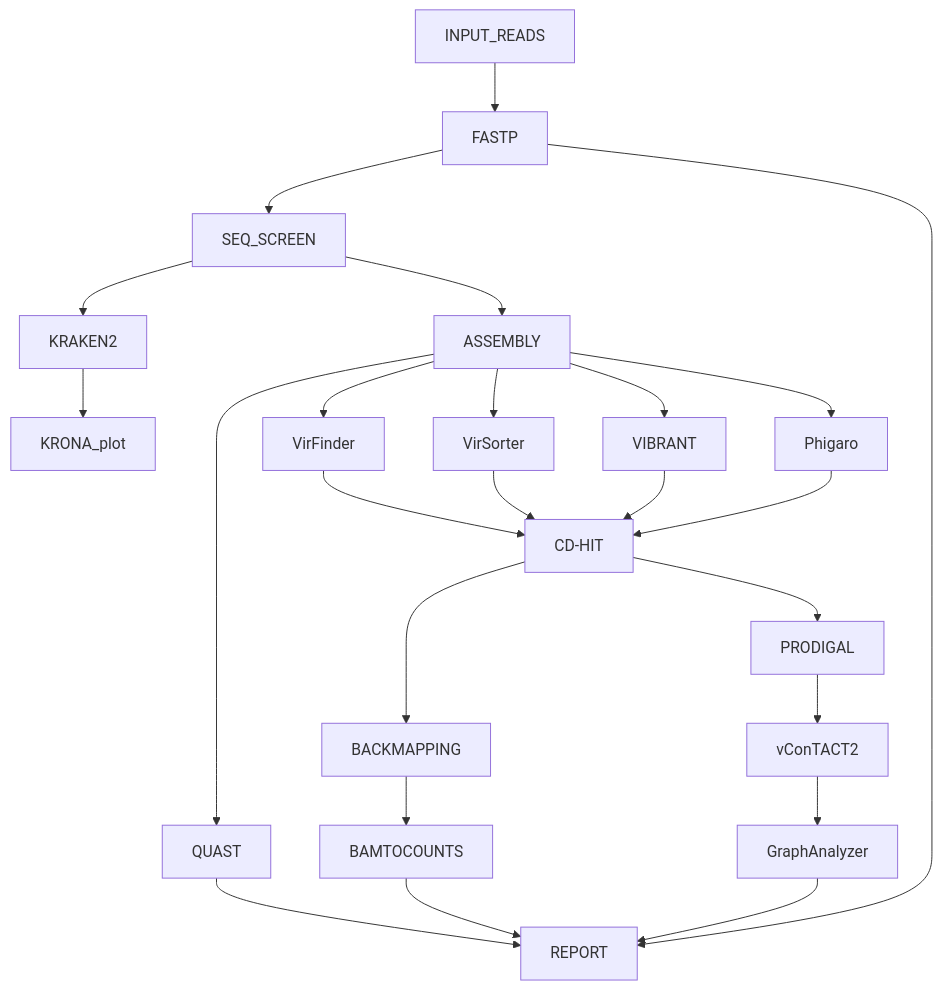
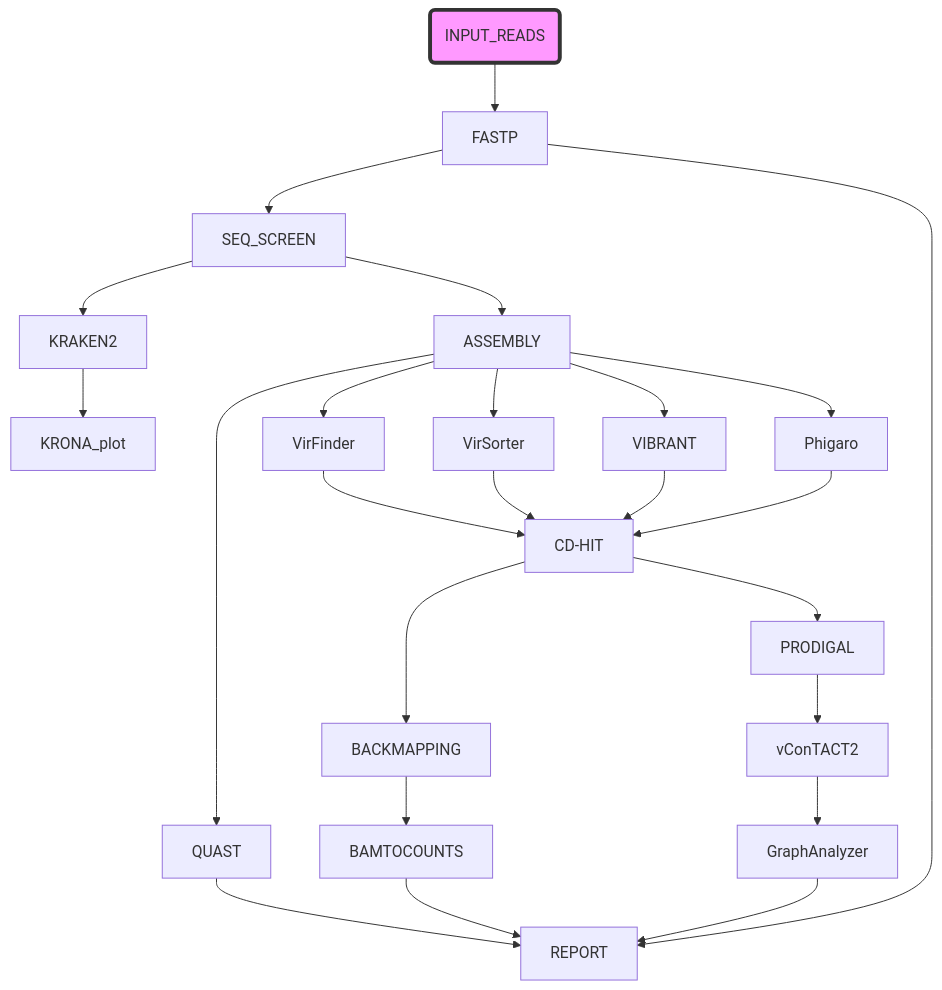
Before and after one commit to telatin/magflow: the diagram in README.md, drawn with Mermaid.

````diff
--- a/README.md
+++ b/README.md
@@ -3,26 +3,27 @@
 ```mermaid
 graph TD;
- INPUT_READS --> FASTP;
+ style input fill:#f9f,stroke:#333,stroke-width:4px
+ input(INPUT_READS) --> FASTP;
  FASTP --> SEQ_SCREEN;
  SEQ_SCREEN --> KRAKEN2;
  KRAKEN2 --> KRONA_plot;
  SEQ_SCREEN --> ASSEMBLY;
  ASSEMBLY --> QUAST;
  ASSEMBLY --> VirFinder;
  ASSEMBLY --> VirSorter;
  ASSEMBLY --> VIBRANT;
  ASSEMBLY --> Phigaro;
  VirFinder --> CD-HIT;
  VirSorter --> CD-HIT ;
  VIBRANT --> CD-HIT ;
  Phigaro --> CD-HIT ;
  CD-HIT --> BACKMAPPING;
  BACKMAPPING --> BAMTOCOUNTS;
  CD-HIT --> PRODIGAL;
  PRODIGAL --> vConTACT2;
  vConTACT2 --> GraphAnalyzer;
  GraphAnalyzer --> REPORT;
  BAMTOCOUNTS --> REPORT;
  FASTP --> REPORT;
  QUAST --> REPORT;
 ```
````
